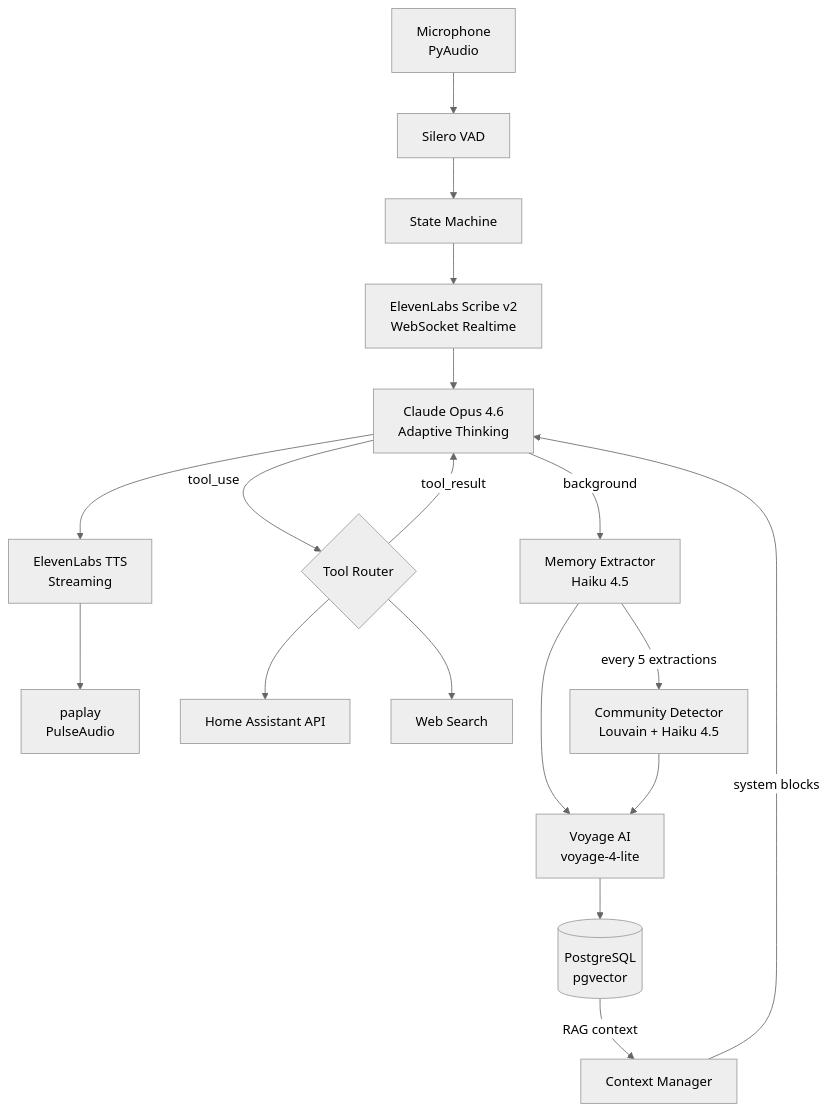
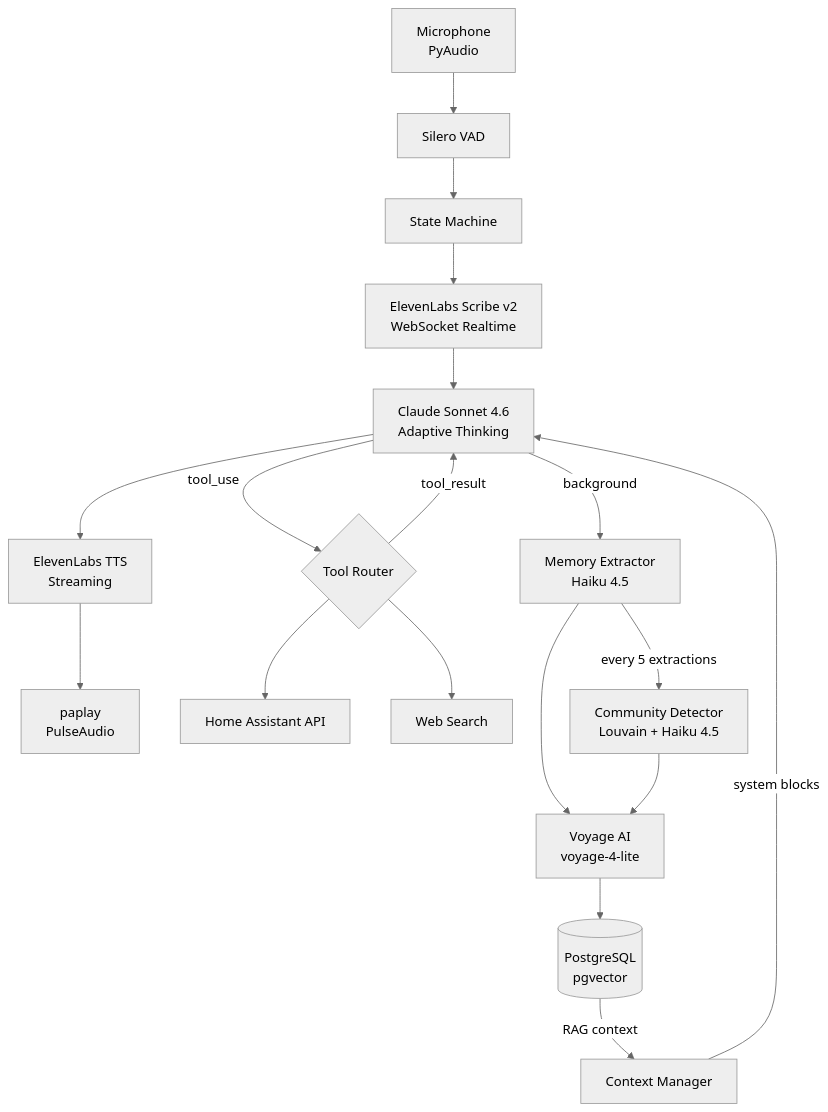
Before and after one commit to NorthProt-Inc/prot: the first of 2 diagrams in README.md, drawn with Mermaid (neutral theme). The commit also changed other lines of this file and 4 other files, not shown here.

````diff
--- a/README.md
+++ b/README.md
@@ -23,22 +23,22 @@
 ```mermaid
 graph TD
     MIC[Microphone<br/>PyAudio] --> VAD[Silero VAD]
     VAD --> SM[State Machine]
     SM --> STT[ElevenLabs Scribe v2<br/>WebSocket Realtime]
-    STT --> LLM[Claude Opus 4.6<br/>Adaptive Thinking]
+    STT --> LLM[Claude Sonnet 4.6<br/>Adaptive Thinking]
     LLM --> TTS[ElevenLabs TTS<br/>Streaming]
     TTS --> PLAY[paplay<br/>PulseAudio]
 
     LLM -->|tool_use| TOOLS{Tool Router}
     TOOLS --> HASS[Home Assistant API]
     TOOLS --> WEB[Web Search]
     TOOLS -->|tool_result| LLM
 
     LLM -->|background| MEM[Memory Extractor<br/>Haiku 4.5]
     MEM --> EMB[Voyage AI<br/>voyage-4-lite]
     EMB --> DB[(PostgreSQL<br/>pgvector)]
     MEM -->|every 5 extractions| COMM[Community Detector<br/>Louvain + Haiku 4.5]
     COMM --> EMB
     DB -->|RAG context| CTX[Context Manager]
     CTX -->|system blocks| LLM
 ```
````
